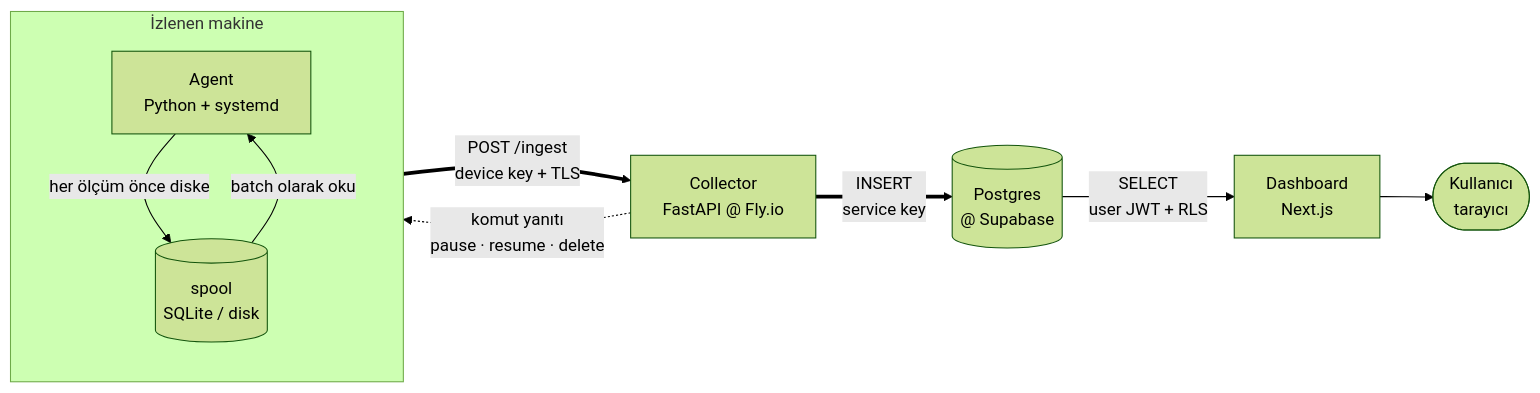
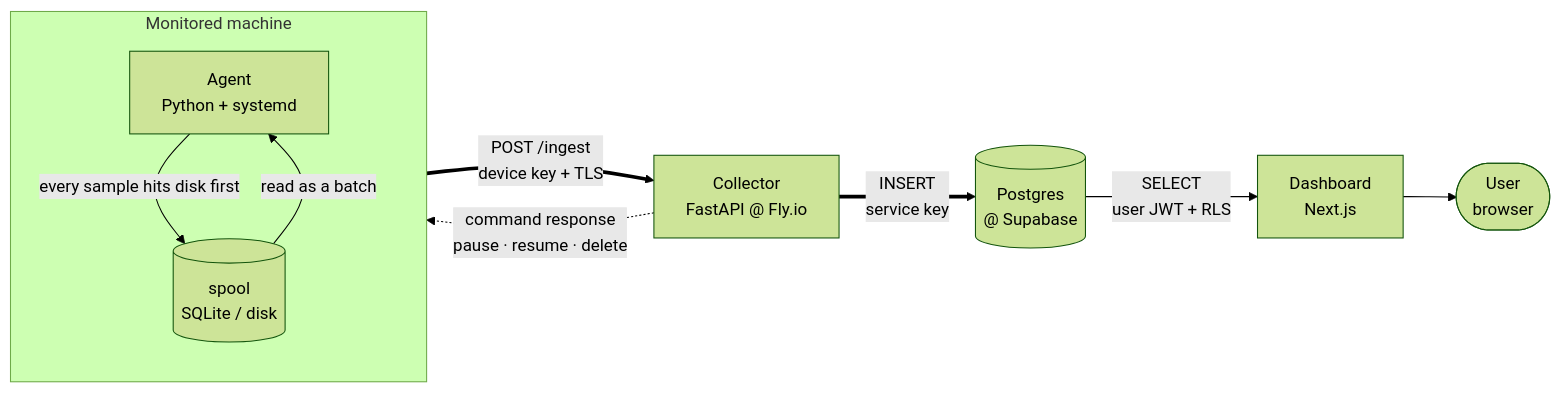
One commit to Denisergocmen924/TraceBox changed the diagram in README.md. Above: the diagram before and after it, drawn with Mermaid (forest theme). The commit also changed other lines of this file and 5 other files, not shown here.

````diff
--- a/README.md
+++ b/README.md
@@ -27,21 +27,21 @@
 ```mermaid
 flowchart LR
-    subgraph machine["İzlenen makine"]
+    subgraph machine["Monitored machine"]
         direction TB
         agent["Agent<br/>Python + systemd"]
         spool[("spool<br/>SQLite / disk")]
-        agent -->|"her ölçüm önce diske"| spool
-        spool -->|"batch olarak oku"| agent
+        agent -->|"every sample hits disk first"| spool
+        spool -->|"read as a batch"| agent
     end
 
     collector["Collector<br/>FastAPI @ Fly.io"]
     postgres[("Postgres<br/>@ Supabase")]
     dashboard["Dashboard<br/>Next.js"]
-    user(["Kullanıcı<br/>tarayıcı"])
+    user(["User<br/>browser"])
 
     agent ==>|"POST /ingest<br/>device key + TLS"| collector
     collector ==>|"INSERT<br/>service key"| postgres
-    collector -.->|"komut yanıtı<br/>pause · resume · delete"| agent
+    collector -.->|"command response<br/>pause · resume · delete"| agent
     postgres -->|"SELECT<br/>user JWT + RLS"| dashboard
     dashboard --> user
 ```
````
